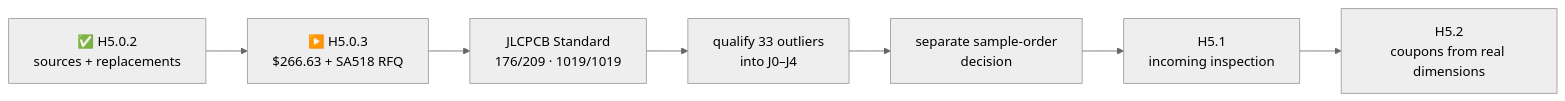
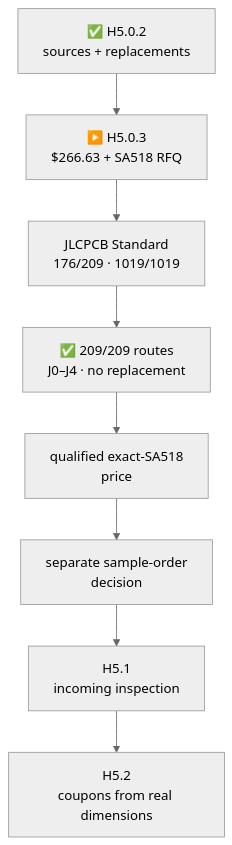
One commit to anton-vinogradov/esp32-leshy2 changed the diagram in docs/component-sample-basket.md. Above: the diagram before and after it, drawn with Mermaid (neutral theme). The commit also changed other lines of this file and 21 other files, not shown here.

````diff
--- a/docs/component-sample-basket.md
+++ b/docs/component-sample-basket.md
@@ -7,9 +7,10 @@
 ```mermaid
-flowchart LR
+flowchart TD
   R["✅ H5.0.2<br/>sources + replacements"] --> B["▶️ H5.0.3<br/>$266.63 + SA518 RFQ"]
   B --> P["JLCPCB Standard<br/>176/209 · 1019/1019"]
-  P --> Q["qualify 33 outliers<br/>into J0–J4"]
-  Q --> A["separate sample-order<br/>decision"]
+  P --> Q["✅ 209/209 routes<br/>J0–J4 · no replacement"]
+  Q --> S["qualified exact-SA518<br/>price"]
+  S --> A["separate sample-order<br/>decision"]
   A --> H51["H5.1<br/>incoming inspection"]
   H51 --> H52["H5.2<br/>coupons from real dimensions"]
 ```
````
